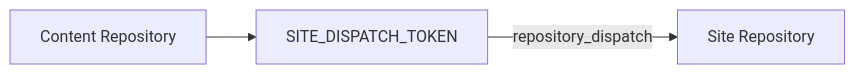
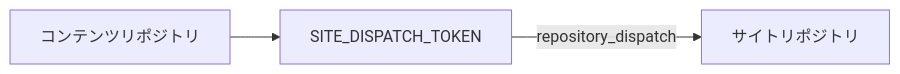
One commit to Rerurate514/riebeckite changed the seventh of 13 diagrams in docs/docs/guides/deployment/separate-content-repository.ja.md. Above: the diagram before and after it, drawn with Mermaid. The commit also changed other lines of this file and 310 other files, not shown here.

````diff
--- a/docs/docs/guides/deployment/separate-content-repository.ja.md
+++ b/docs/docs/guides/deployment/separate-content-repository.ja.md
@@ -694,9 +310,9 @@
-```mermaid id="fw61j6"
+```mermaid
 flowchart LR
-    Content["Content Repository"]
+    Content["コンテンツリポジトリ"]
     Token["SITE_DISPATCH_TOKEN"]
-    Site["Site Repository"]
+    Site["サイトリポジトリ"]
 
     Content --> Token
     Token -->|"repository_dispatch"| Site
 ```
````
